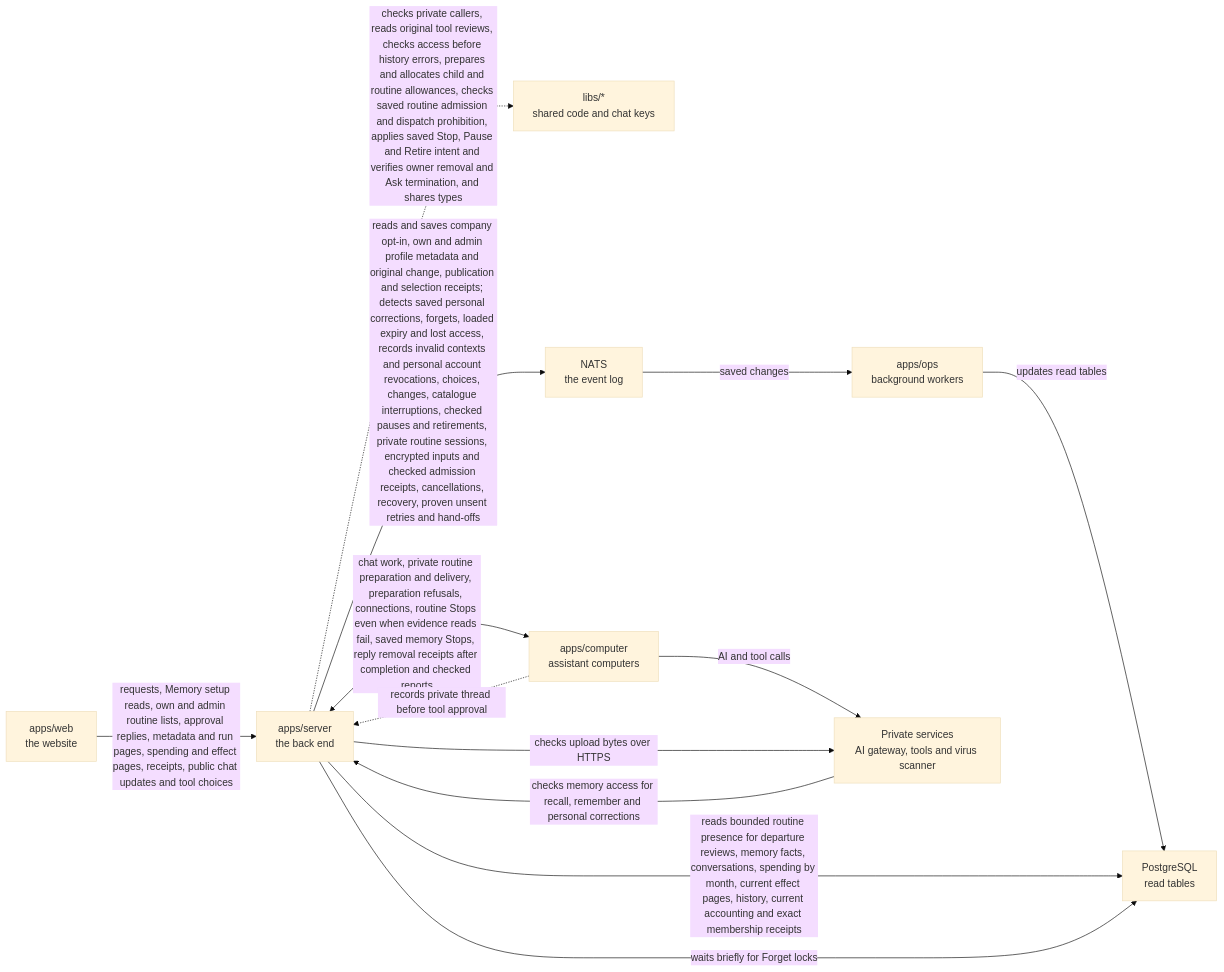
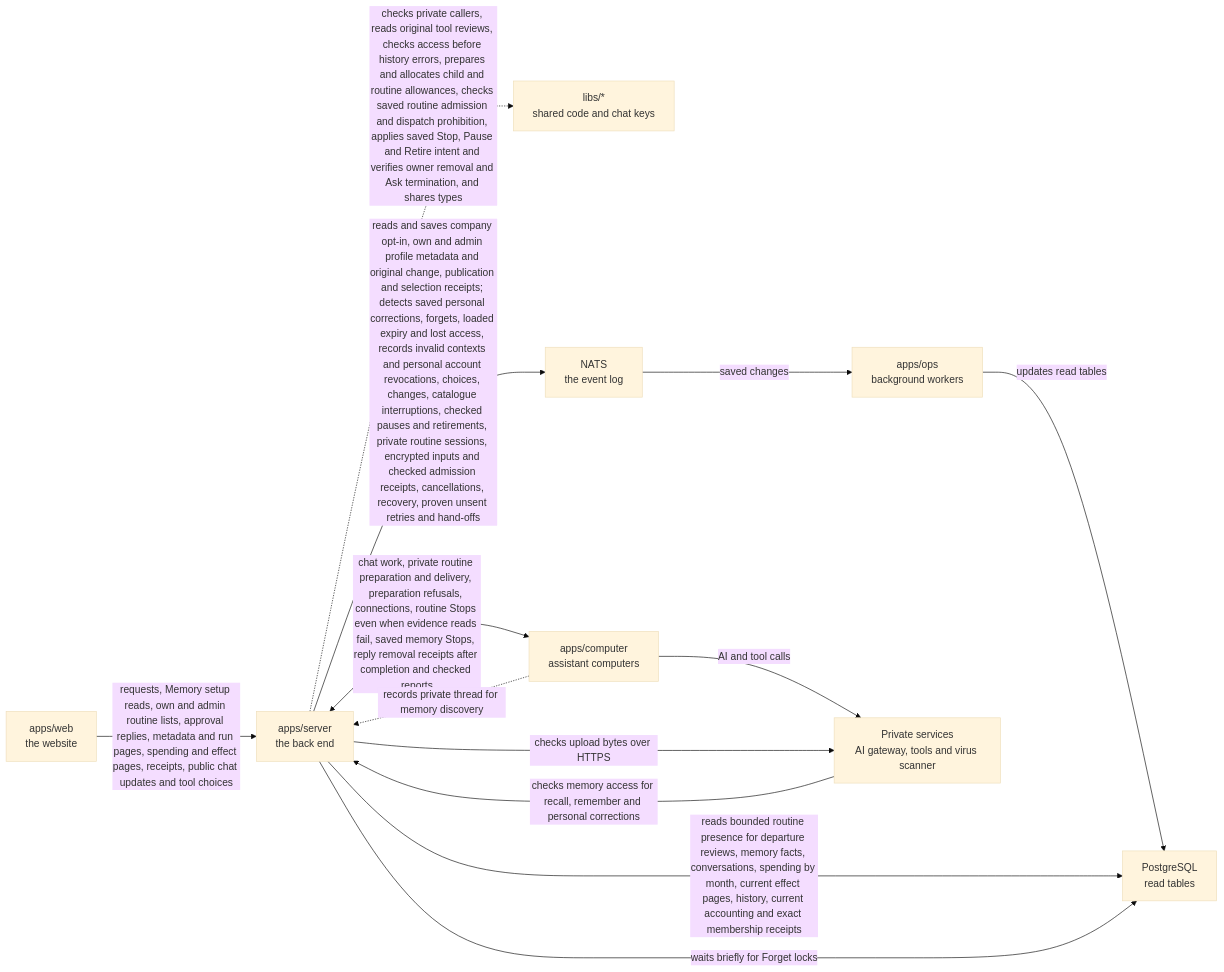
The diagram in apps/server/README.md (elewa-git/opencrane-new), drawn with Mermaid (base theme) before and after one commit. The commit also changed other lines of this file and 11 other files, not shown here.

First line of the commit message:
🧠 A personal memory Forget can be prepared privately on the requester’s own thread (#809)

````diff
--- a/apps/server/README.md
+++ b/apps/server/README.md
@@ -143,15 +143,15 @@
 ```mermaid
 flowchart LR
   web["apps/web<br/>the website"] -->|requests, Memory setup reads, own and admin routine lists, approval replies, metadata and run pages, spending and effect pages, receipts, public chat updates and tool choices| server["apps/server<br/>the back end"]
   server -.->|checks private callers, reads original tool reviews, checks access before history errors, prepares and allocates child and routine allowances, checks saved routine admission and dispatch prohibition, applies saved Stop, Pause and Retire intent and verifies owner removal and Ask termination, and shares types| libs["libs/*<br/>shared code and chat keys"]
   server -->|reads and saves company opt-in, own and admin profile metadata and original change, publication and selection receipts; detects saved personal corrections, forgets, loaded expiry and lost access, records invalid contexts and personal account revocations, choices, changes, catalogue interruptions, checked pauses and retirements, private routine sessions, encrypted inputs and checked admission receipts, cancellations, recovery, proven unsent retries and hand-offs| nats["NATS<br/>the event log"]
   nats -->|saved changes| ops["apps/ops<br/>background workers"]
   ops -->|updates read tables| postgres["PostgreSQL<br/>read tables"]
   server -->|reads bounded routine presence for departure reviews, memory facts, conversations, spending by month, current effect pages, history, current accounting and exact membership receipts| postgres
   server -->|waits briefly for Forget locks| postgres
   server <-->|chat work, private routine preparation and delivery, preparation refusals, connections, routine Stops even when evidence reads fail, saved memory Stops, reply removal receipts after completion and checked reports| computer["apps/computer<br/>assistant computers"]
-  computer -.->|records private thread before tool approval| server
+  computer -.->|records private thread for memory discovery| server
   computer -->|AI and tool calls| runtime["Private services<br/>AI gateway, tools and virus scanner"]
   server -->|checks upload bytes over HTTPS| runtime
   runtime -->|checks memory access for recall, remember and personal corrections| server
 ```
````
